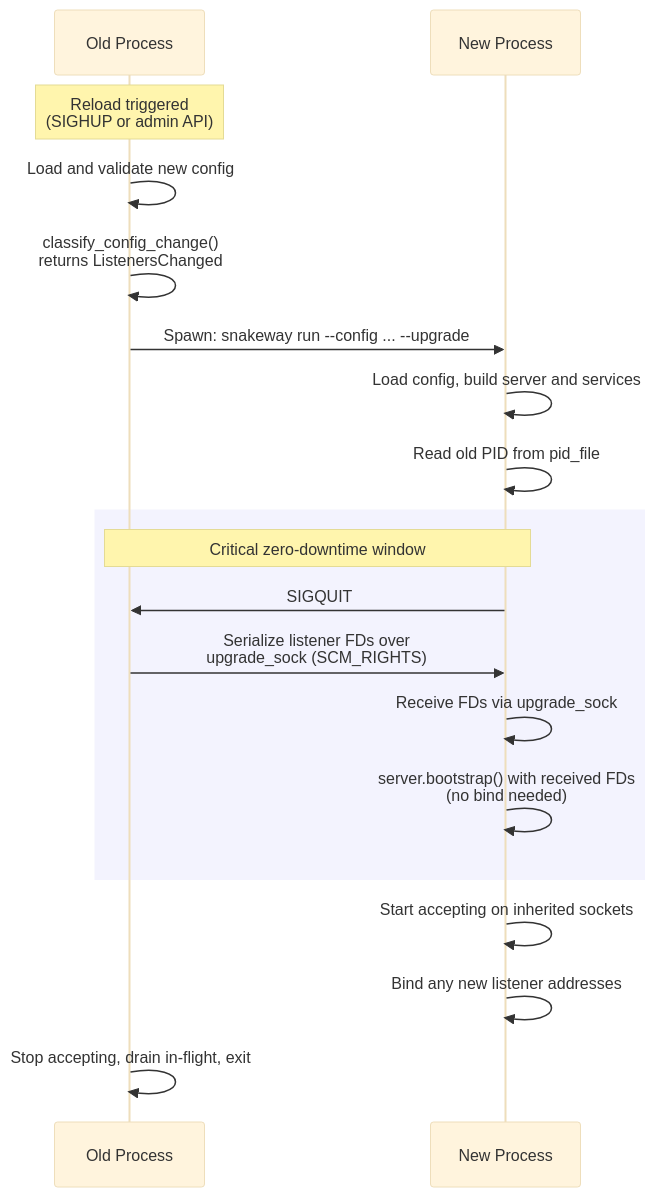
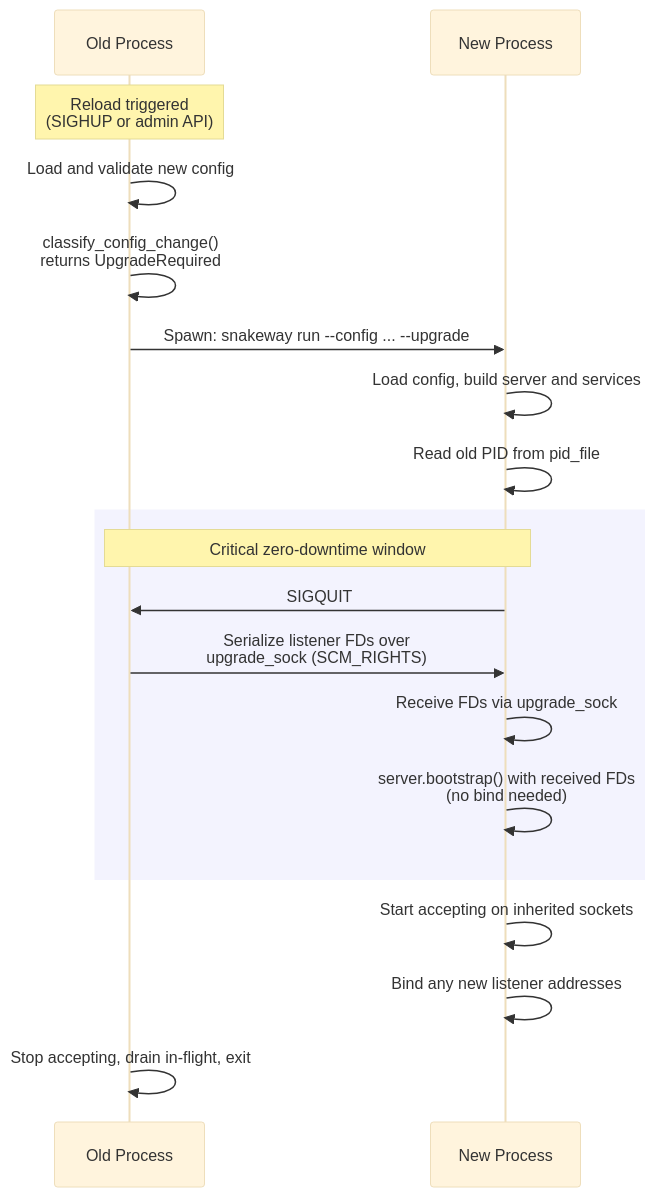
One commit to snakewayhq/snakeway changed the diagram in docs/docs/internals/hot-reload.md. Above: the diagram before and after it, drawn with Mermaid (base theme). The commit also changed other lines of this file and 1 other file, not shown here.

Commit message:
Document new `Restart` path for config changes and clarify upgrade/reload distinction

````diff
--- a/docs/docs/internals/hot-reload.md
+++ b/docs/docs/internals/hot-reload.md
@@ -58,24 +73,24 @@
 ```mermaid
 sequenceDiagram
     participant Old as Old Process
     participant New as New Process
 
     Note over Old: Reload triggered<br/>(SIGHUP or admin API)
     Old->>Old: Load and validate new config
-    Old->>Old: classify_config_change()<br/>returns ListenersChanged
+    Old->>Old: classify_config_change()<br/>returns UpgradeRequired
     Old->>New: Spawn: snakeway run --config ... --upgrade
     New->>New: Load config, build server and services
     New->>New: Read old PID from pid_file
 
     rect rgba(99, 102, 241, 0.08)
         Note over Old,New: Critical zero-downtime window
         New->>Old: SIGQUIT
         Old->>New: Serialize listener FDs over<br/>upgrade_sock (SCM_RIGHTS)
         New->>New: Receive FDs via upgrade_sock
         New->>New: server.bootstrap() with received FDs<br/>(no bind needed)
     end
 
     New->>New: Start accepting on inherited sockets
     New->>New: Bind any new listener addresses
     Old->>Old: Stop accepting, drain in-flight, exit
 ```
````
